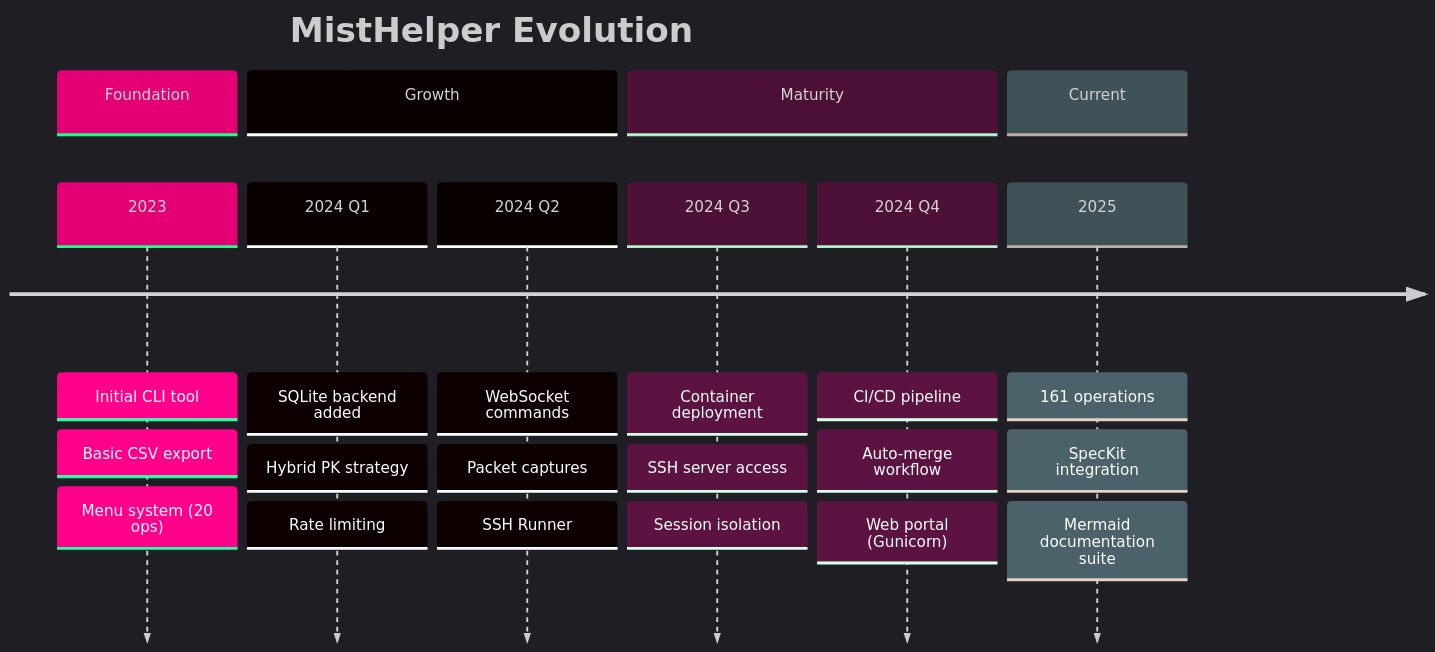
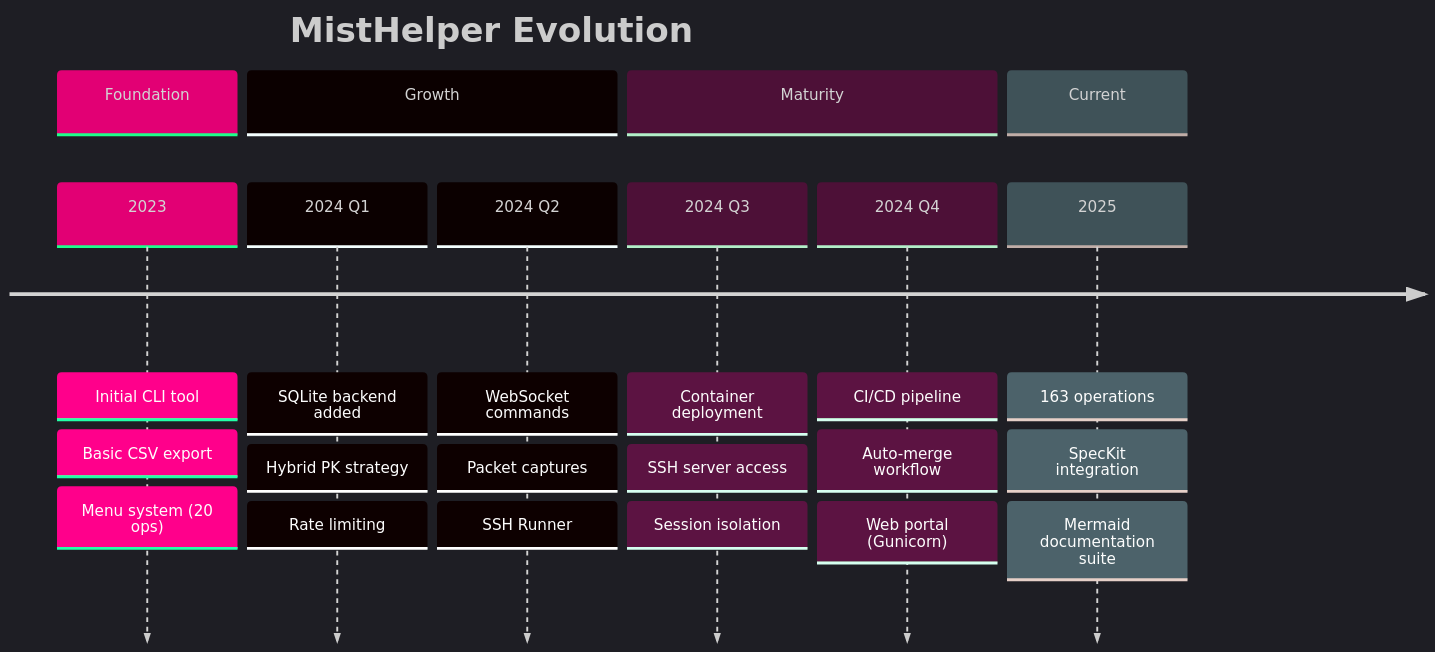
One commit to jmorrison-juniper/MistHelper changed the fifth of 5 diagrams in documentation/diagrams/operations/metrics-and-analytics.md. Above: the diagram before and after it, drawn with Mermaid. The commit also changed other lines of this file and 7 other files, not shown here.

````diff
--- a/documentation/diagrams/operations/metrics-and-analytics.md
+++ b/documentation/diagrams/operations/metrics-and-analytics.md
@@ -147,35 +147,35 @@
 ```mermaid
 %%{init: {'theme': 'dark', 'themeVariables': {
   'primaryColor': '#E20074',
   'primaryTextColor': '#E0E0E0',
   'primaryBorderColor': '#99004D',
   'lineColor': '#FF4DA6',
   'secondaryColor': '#16213E',
   'tertiaryColor': '#1A1A2E',
   'fontFamily': 'ui-monospace, monospace'
 }}}%%
 timeline
     title MistHelper Evolution
     section Foundation
         2023 : Initial CLI tool
              : Basic CSV export
              : Menu system (20 ops)
     section Growth
         2024 Q1 : SQLite backend added
                 : Hybrid PK strategy
                 : Rate limiting
         2024 Q2 : WebSocket commands
                 : Packet captures
                 : SSH Runner
     section Maturity
         2024 Q3 : Container deployment
                 : SSH server access
                 : Session isolation
         2024 Q4 : CI/CD pipeline
                 : Auto-merge workflow
                 : Web portal (Gunicorn)
     section Current
-        2025 : 161 operations
+        2025 : 163 operations
              : SpecKit integration
              : Mermaid documentation suite
 ```
````
